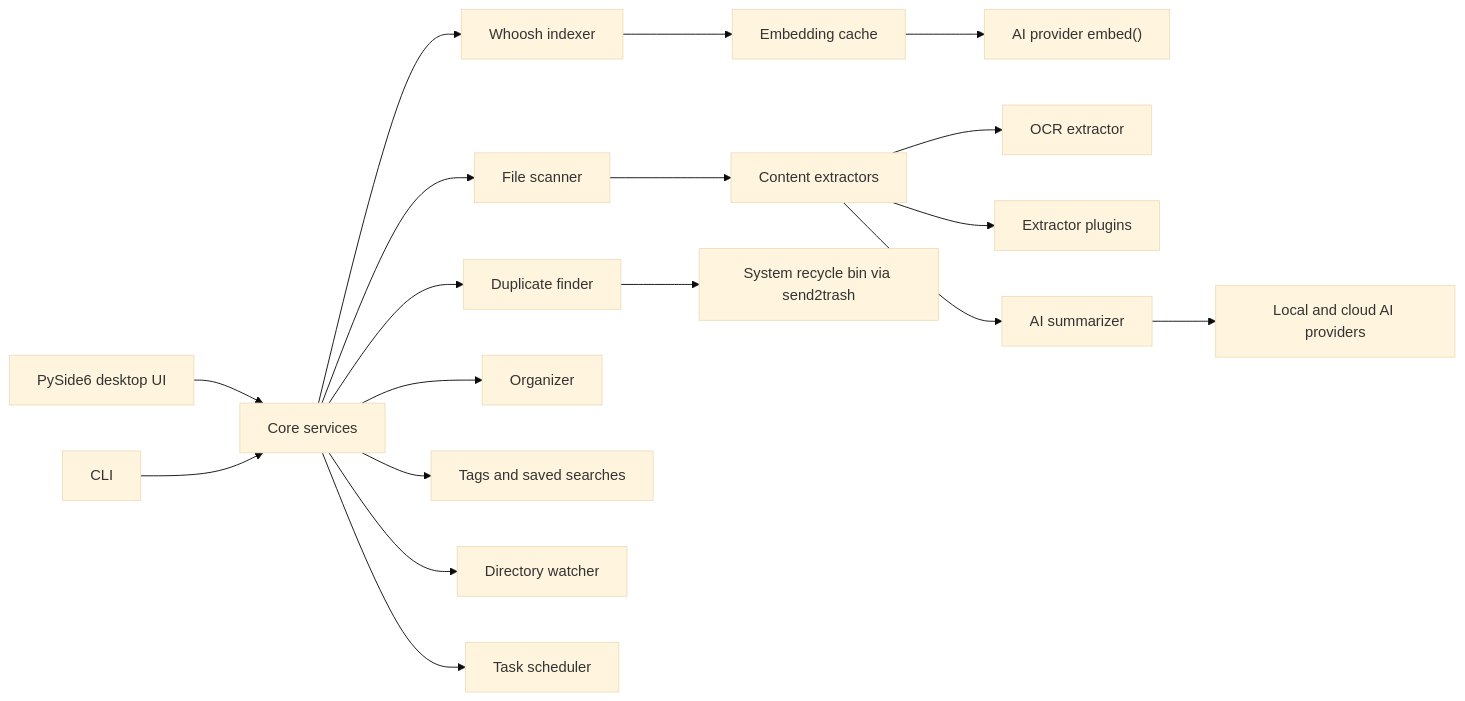
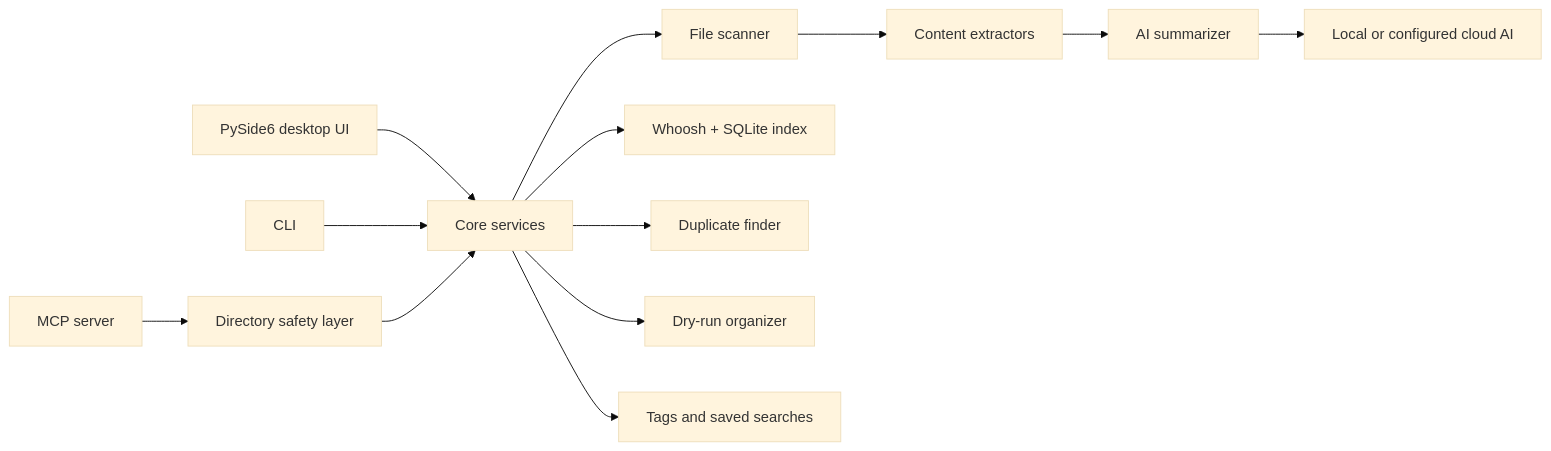
The diagram in README.md (cuiheng511/filepilot-ai), drawn with Mermaid (base theme) before and after one commit. The commit also changed other lines of this file and 11 other files, not shown here.

Commit message:
Add FilePilot MCP server

````diff
--- a/README.md
+++ b/README.md
@@ -209,20 +155,15 @@
 ```mermaid
 flowchart LR
     UI["PySide6 desktop UI"] --> Core["Core services"]
     CLI["CLI"] --> Core
+    MCP["MCP server"] --> Guard["Directory safety layer"]
+    Guard --> Core
     Core --> Scanner["File scanner"]
-    Core --> Indexer["Whoosh indexer"]
-    Indexer --> EmbedCache["Embedding cache"]
-    EmbedCache --> AI["AI provider embed()"]
+    Core --> Indexer["Whoosh + SQLite index"]
     Core --> Duplicates["Duplicate finder"]
-    Core --> Organizer["Organizer"]
+    Core --> Organizer["Dry-run organizer"]
     Core --> Tags["Tags and saved searches"]
-    Core --> Watcher["Directory watcher"]
-    Core --> Scheduler["Task scheduler"]
     Scanner --> Extractors["Content extractors"]
-    Extractors --> OCR["OCR extractor"]
-    Extractors --> Plugins["Extractor plugins"]
     Extractors --> Summarizer["AI summarizer"]
-    Summarizer --> Providers["Local and cloud AI providers"]
-    Duplicates --> Recycle["System recycle bin via send2trash"]
+    Summarizer --> Providers["Local or configured cloud AI"]
 ```
````
